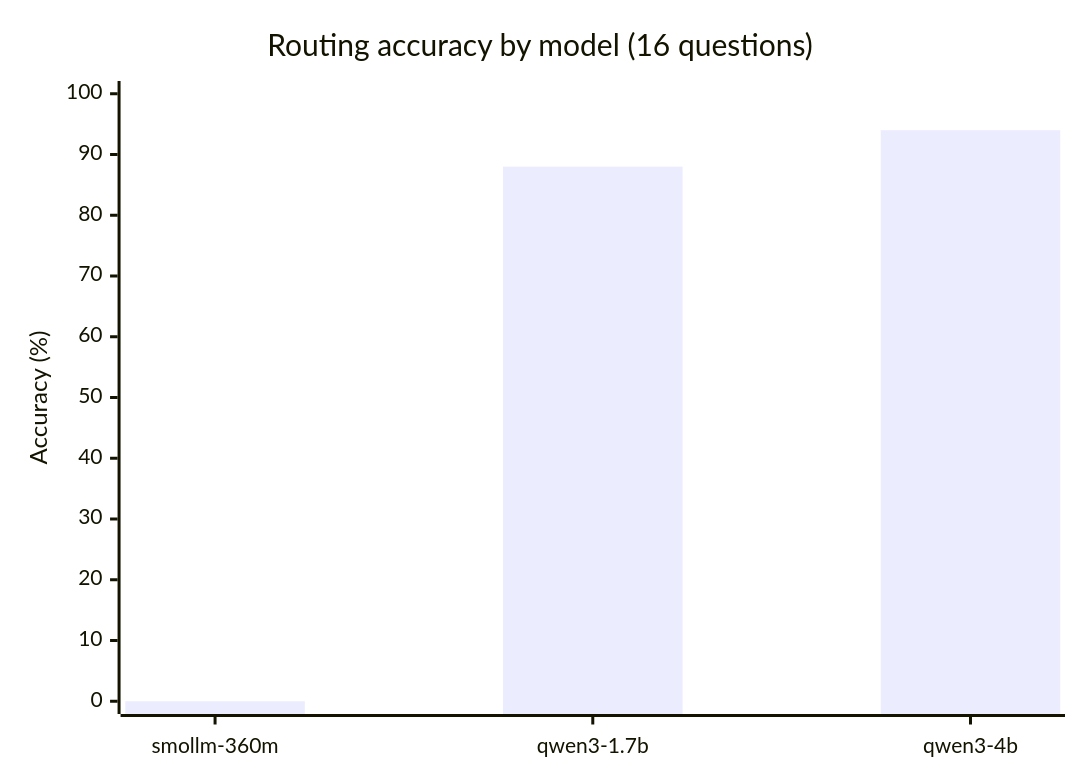
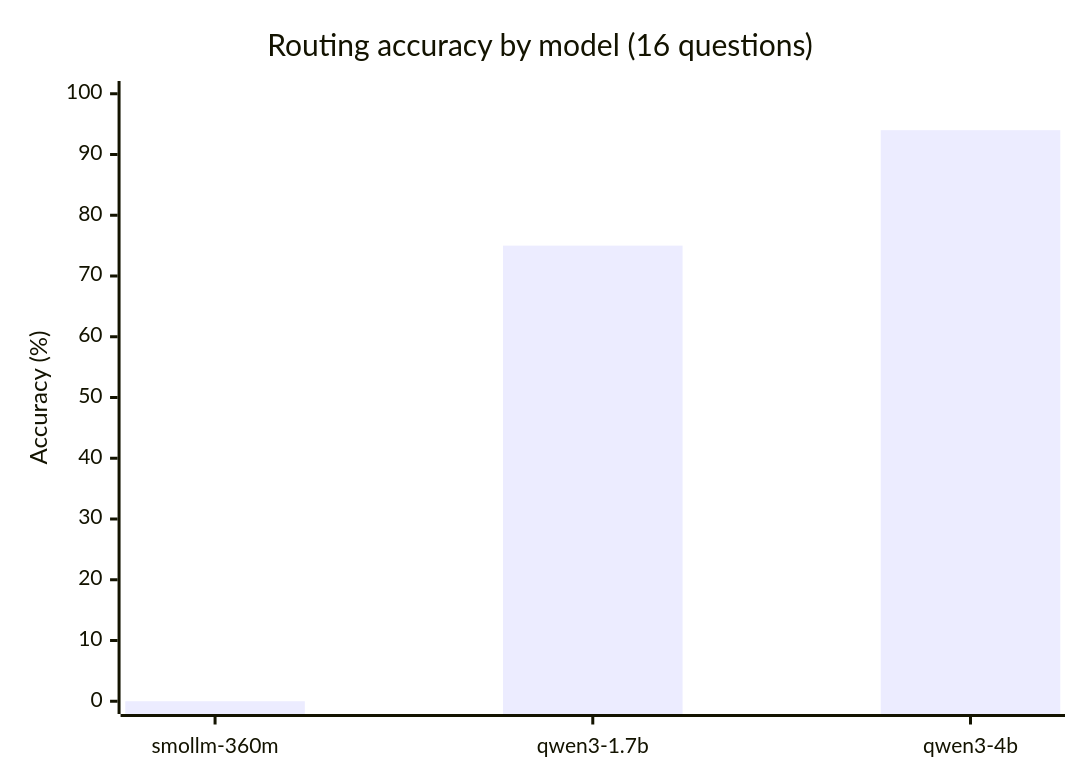
The first of 2 diagrams in README.md (ghazalb76/mimoe-port-check), drawn with Mermaid before and after one commit. The commit also changed other lines of this file and 1 other file, not shown here.

````diff
--- a/README.md
+++ b/README.md
@@ -93,7 +93,7 @@
 ```mermaid
 xychart-beta
     title "Routing accuracy by model (16 questions)"
     x-axis [smollm-360m, qwen3-1.7b, qwen3-4b]
     y-axis "Accuracy (%)" 0 --> 100
-    bar [0, 88, 94]
+    bar [0, 75, 94]
 ```
````
